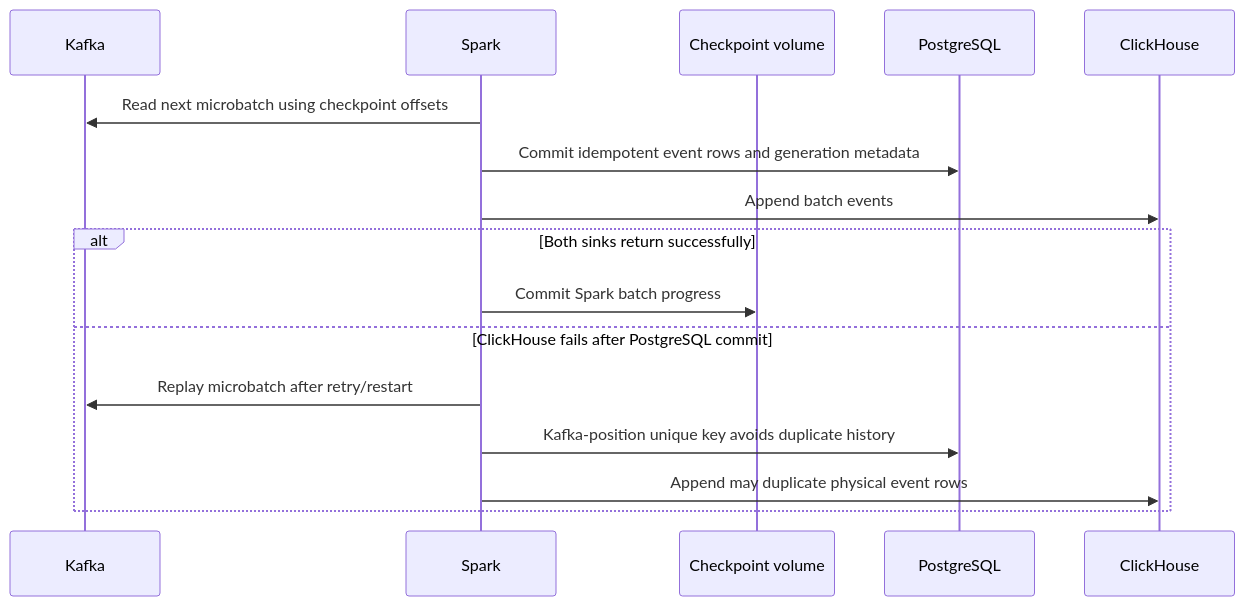
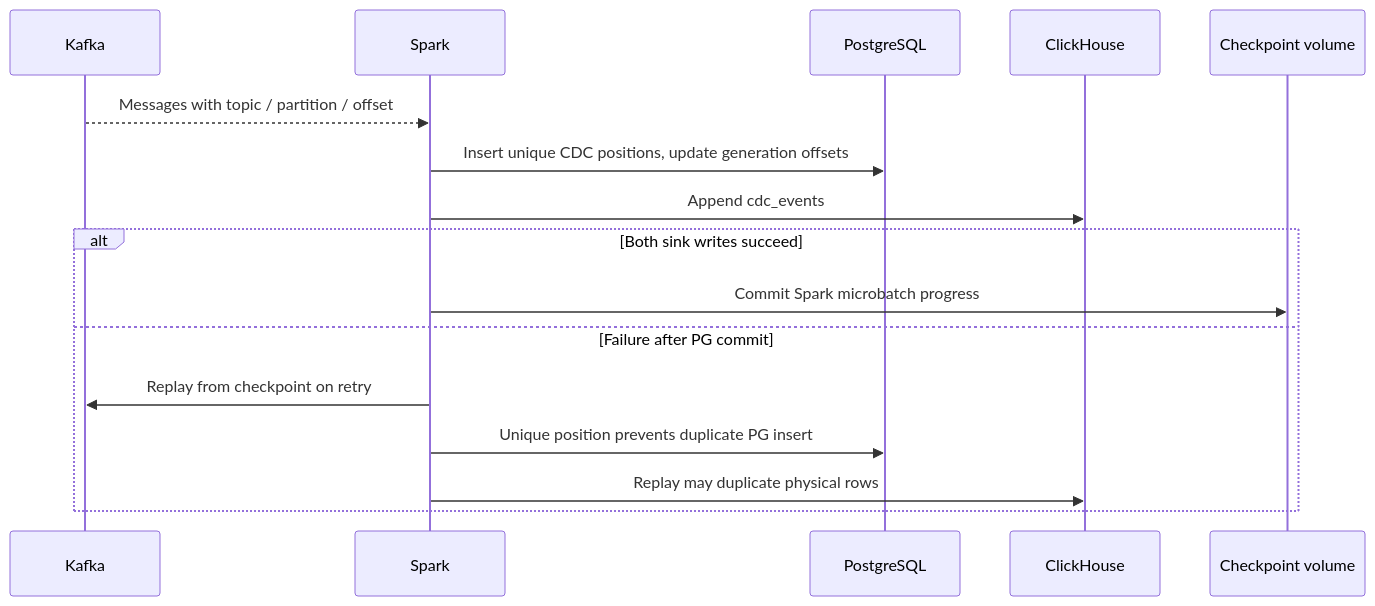
The third of 4 diagrams in docs/02-architecture/diagrams/streaming-pipeline.md (pzolfaghari72/students-data-engineering-platform), drawn with Mermaid before and after one commit. The commit also changed other lines of this file and 41 other files, not shown here.

````diff
--- a/docs/02-architecture/diagrams/streaming-pipeline.md
+++ b/docs/02-architecture/diagrams/streaming-pipeline.md
@@ -62,18 +40,18 @@
 ```mermaid
 sequenceDiagram
     participant K as Kafka
     participant S as Spark
-    participant CP as Checkpoint volume
     participant PG as PostgreSQL
     participant CH as ClickHouse
-    S->>K: Read next microbatch using checkpoint offsets
-    S->>PG: Commit idempotent event rows and generation metadata
-    S->>CH: Append batch events
-    alt Both sinks return successfully
-        S->>CP: Commit Spark batch progress
-    else ClickHouse fails after PostgreSQL commit
-        S->>K: Replay microbatch after retry/restart
-        S->>PG: Kafka-position unique key avoids duplicate history
-        S->>CH: Append may duplicate physical event rows
+    participant CP as Checkpoint volume
+    K-->>S: Messages with topic / partition / offset
+    S->>PG: Insert unique CDC positions, update generation offsets
+    S->>CH: Append cdc_events
+    alt Both sink writes succeed
+        S->>CP: Commit Spark microbatch progress
+    else Failure after PG commit
+        S->>K: Replay from checkpoint on retry
+        S->>PG: Unique position prevents duplicate PG insert
+        S->>CH: Replay may duplicate physical rows
     end
 ```
````
